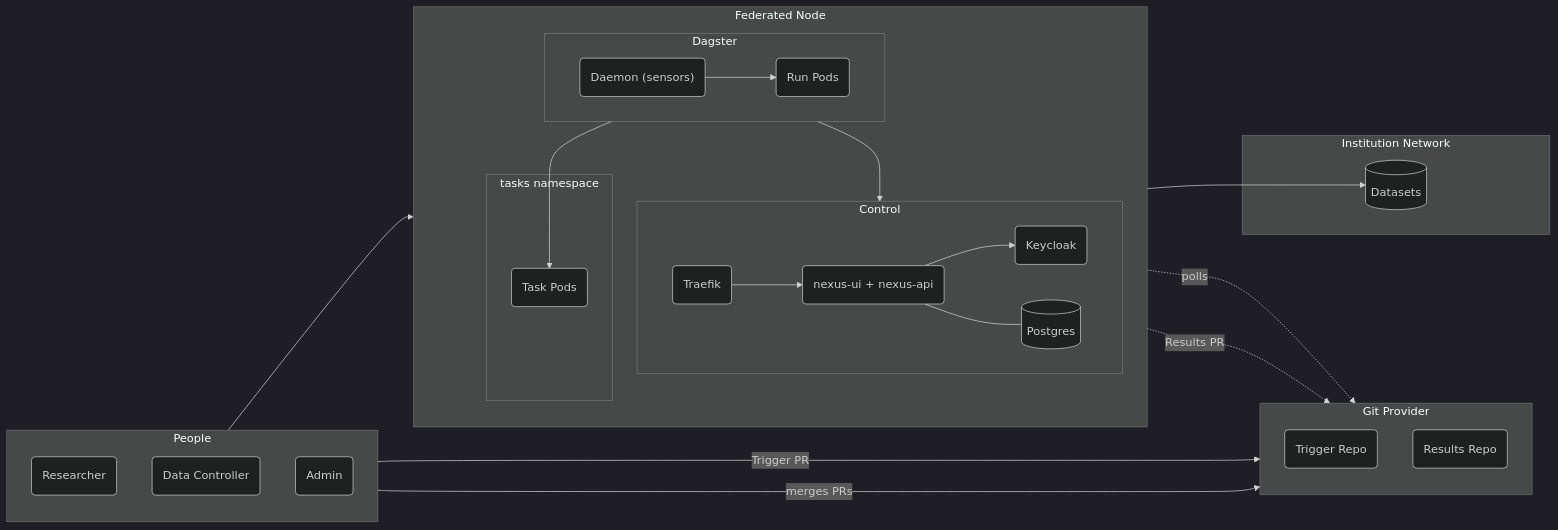
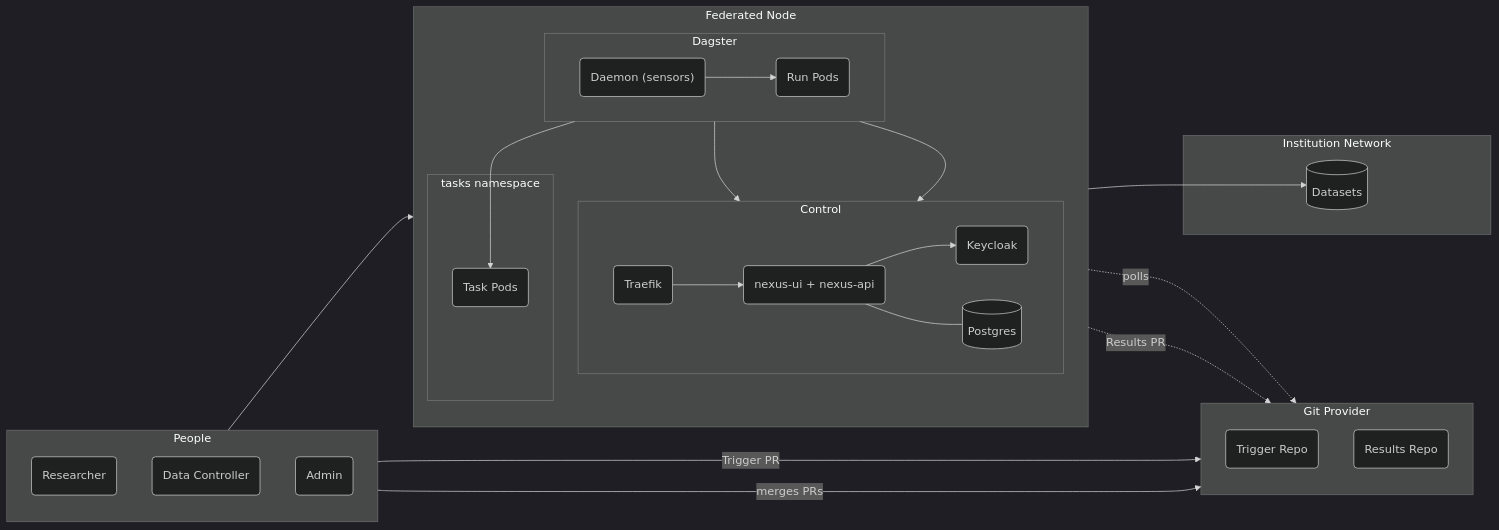
One commit to Aridhia-Open-Source/PHEMS_federated_node changed the second of 2 diagrams in README.md. Above: the diagram before and after it, drawn with Mermaid (dark theme). The commit also changed 3 other files, not shown here.

Commit message:
docs(wiki): fix diagrams and factual errors in the 2.x wiki

````diff
--- a/README.md
+++ b/README.md
@@ -34,44 +34,45 @@
 ```mermaid
 flowchart LR
   subgraph People["People"]
     direction TB
     Researcher("Researcher")
     DataController("Data Controller")
     Admin("Admin")
   end
 
   subgraph GitProvider["Git Provider"]
     direction TB
     TriggerRepo("Trigger Repo")
     ResultsRepo("Results Repo")
   end
 
   subgraph FederatedNode["Federated Node"]
     direction TB
     subgraph Control["Control"]
       direction LR
       Traefik("Traefik") --> Nexus("nexus-ui + nexus-api") --> Keycloak("Keycloak")
       Nexus --- Postgres[("Postgres")]
     end
     subgraph Dagster["Dagster"]
       direction LR
       Daemon("Daemon (sensors)") --> RunPods("Run Pods")
     end
     subgraph Tasks["tasks namespace"]
       TaskPods("Task Pods")
     end
     Daemon --> Nexus
+    RunPods --> Nexus
     RunPods --> TaskPods
   end
 
   subgraph Institution["Institution Network"]
     Datasets[("Datasets")]
   end
 
   Researcher -->|"Trigger PR"| TriggerRepo
   DataController -->|"merges PRs"| GitProvider
   Admin --> Traefik
   Daemon -.->|"polls"| TriggerRepo
   RunPods -.->|"Results PR"| ResultsRepo
   TaskPods --> Datasets
 ```
````
